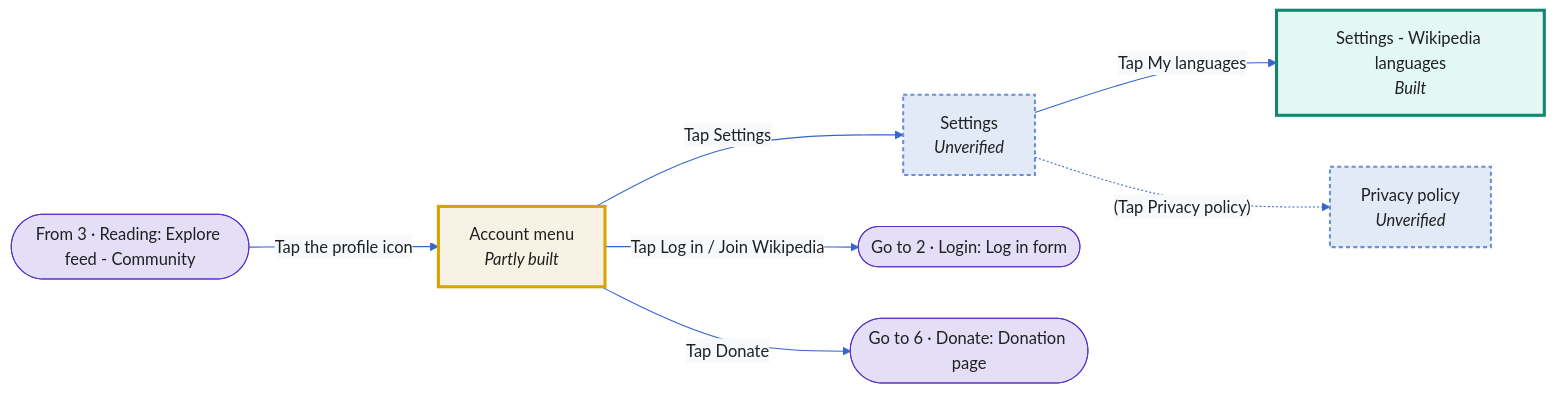
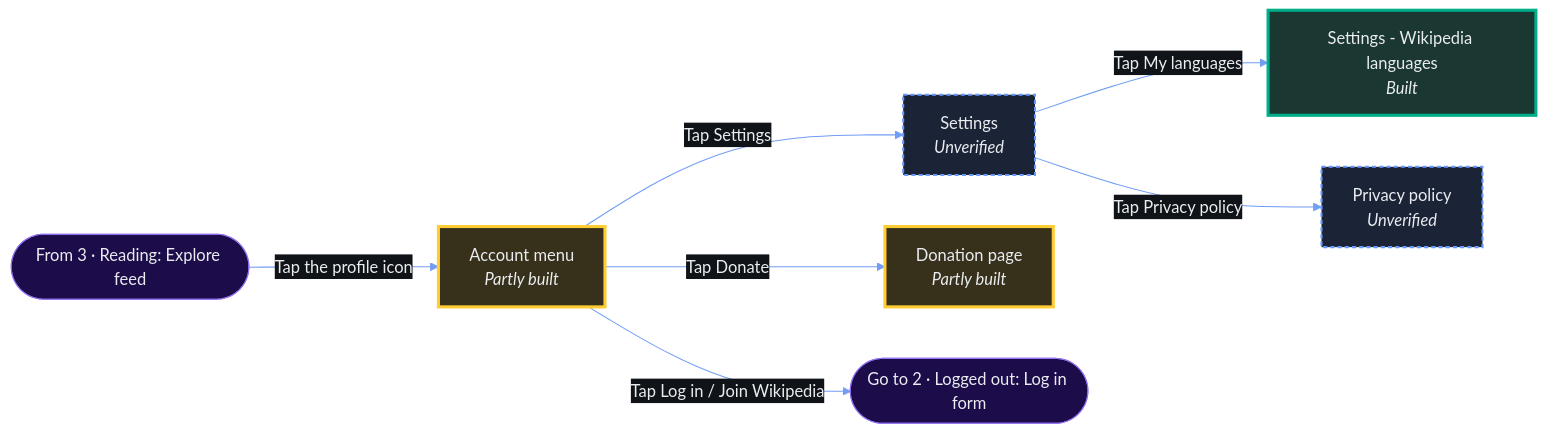
Before and after one commit to enjojoy/user-story-maps: the eighth of 8 diagrams in examples/wikipedia-ios/generated/story-map.md, drawn with Mermaid. The commit also changed other lines of this file and 114 other files, not shown here.

````diff
--- a/examples/wikipedia-ios/generated/story-map.md
+++ b/examples/wikipedia-ios/generated/story-map.md
@@ -312,22 +298,22 @@
 ```mermaid
-%%{init: {"theme":"base","themeVariables":{"fontFamily":"Helvetica","fontSize":"16px","primaryColor":"#FFFFFF","primaryTextColor":"#202122","primaryBorderColor":"#3366CC","lineColor":"#3366CC","secondaryColor":"#F8F9FA","tertiaryColor":"#F0F2F4"}}}%%
+%%{init: {"theme":"base","themeVariables":{"fontFamily":"Helvetica","fontSize":"16px","primaryColor":"#000000","primaryTextColor":"#EAECF0","primaryBorderColor":"#719DF4","lineColor":"#719DF4","secondaryColor":"#101418","tertiaryColor":"#1A1A1A"}}}%%
 flowchart LR
   n_profile["Account menu<br/><i>Partly built</i>"]:::partly
   n_settings["Settings<br/><i>Unverified</i>"]:::unverified
+  n_donate["Donation page<br/><i>Partly built</i>"]:::partly
   n_settings_languages["Settings - Wikipedia languages<br/><i>Built</i>"]:::built
   n_privacy_policy["Privacy policy<br/><i>Unverified</i>"]:::unverified
-  n_out_login(["Go to 2 · Login: Log in form"]):::portal
-  n_in_home(["From 3 · Reading: Explore feed - Community"]):::portal
-  n_out_donate(["Go to 6 · Donate: Donation page"]):::portal
+  n_out_login(["Go to 2 · Logged out: Log in form"]):::portal
+  n_in_home(["From 3 · Reading: Explore feed"]):::portal
   n_profile -->|"Tap Log in / Join Wikipedia"| n_out_login
   n_in_home -->|"Tap the profile icon"| n_profile
   n_profile -->|"Tap Settings"| n_settings
   n_settings -->|"Tap My languages"| n_settings_languages
-  n_settings -.->|"(Tap Privacy policy)"| n_privacy_policy
-  n_profile -->|"Tap Donate"| n_out_donate
-  classDef built fill:#E3F7F3,stroke:#14866D,stroke-width:3px,color:#202122;
-  classDef partly fill:#F7F2E3,stroke:#D9A300,stroke-width:3px,color:#202122;
-  classDef unverified fill:#E3EAF7,stroke:#6B8FD6,stroke-width:2px,stroke-dasharray:4 3,color:#202122;
-  classDef missing fill:#E3ECF7,stroke:#72777D,stroke-width:2px,stroke-dasharray:5 4,color:#202122;
-  classDef portal fill:#E4DEF7,stroke:#5933CC,color:#202122;
+  n_settings -->|"Tap Privacy policy"| n_privacy_policy
+  n_profile -->|"Tap Donate"| n_donate
+  classDef built fill:#1B3731,stroke:#00AF89,stroke-width:3px,color:#EAECF0;
+  classDef partly fill:#37301B,stroke:#FFCC33,stroke-width:3px,color:#EAECF0;
+  classDef unverified fill:#1B2437,stroke:#6699FF,stroke-width:2px,stroke-dasharray:4 3,color:#EAECF0;
+  classDef missing fill:#1B2837,stroke:#A2A9B1,stroke-width:2px,stroke-dasharray:5 4,color:#EAECF0;
+  classDef portal fill:#1C0D4A,stroke:#9271F4,color:#EAECF0;
 ```
````
